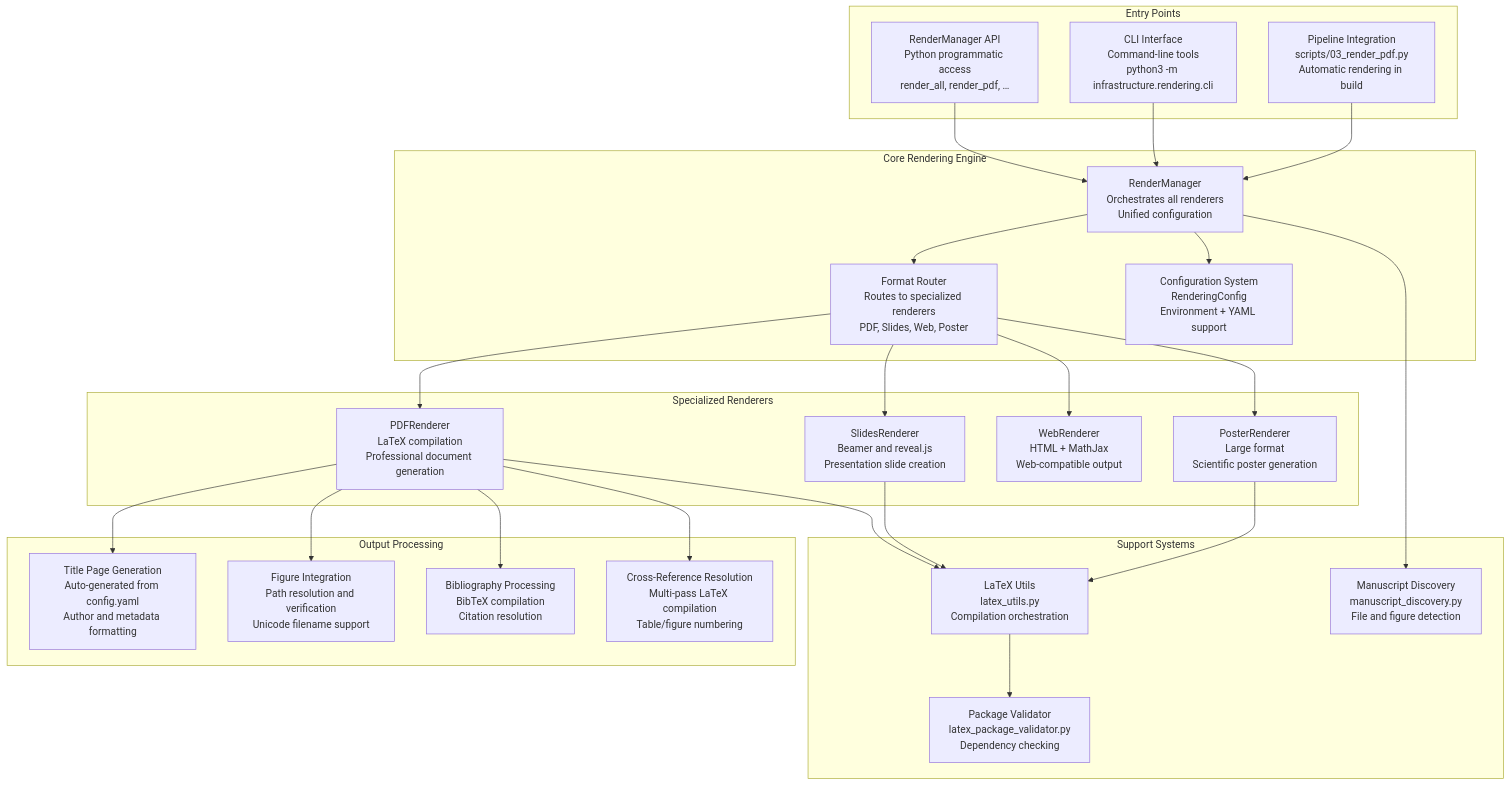
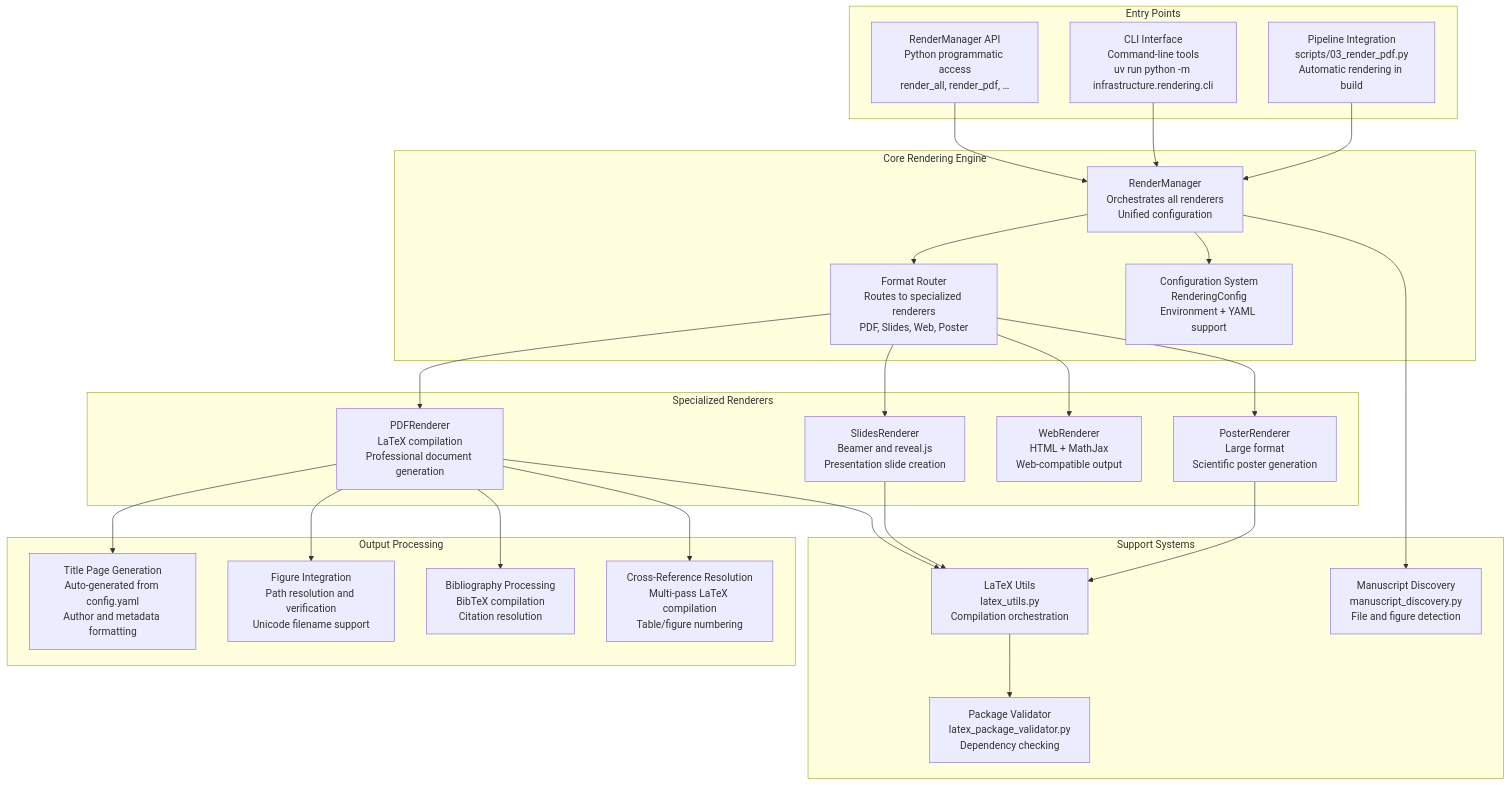
One commit to docxology/template changed the second of 3 diagrams in infrastructure/rendering/README.md. Above: the diagram before and after it, drawn with Mermaid. The commit also changed other lines of this file and 30 other files, not shown here.

Commit message:
fix(docs): normalize uv python command examples

````diff
--- a/infrastructure/rendering/README.md
+++ b/infrastructure/rendering/README.md
@@ -238,64 +238,64 @@
 ```mermaid
 graph TD
     subgraph EntryPoints["Entry Points"]
         MANAGER_API["RenderManager API<br/>Python programmatic access<br/>render_all, render_pdf, …"]
-        CLI_INTERFACE[CLI Interface<br/>Command-line tools<br/>python3 -m infrastructure.rendering.cli]
+        CLI_INTERFACE[CLI Interface<br/>Command-line tools<br/>uv run python -m infrastructure.rendering.cli]
         PIPELINE_INTEGRATION[Pipeline Integration<br/>scripts/03_render_pdf.py<br/>Automatic rendering in build]
     end
 
     subgraph CoreEngine["Core Rendering Engine"]
         RENDER_MANAGER[RenderManager<br/>Orchestrates all renderers<br/>Unified configuration]
         FORMAT_ROUTER[Format Router<br/>Routes to specialized renderers<br/>PDF, Slides, Web, Poster]
         CONFIG_SYSTEM[Configuration System<br/>RenderingConfig<br/>Environment + YAML support]
     end
 
     subgraph SpecializedRenderers["Specialized Renderers"]
         PDF_RENDERER[PDFRenderer<br/>LaTeX compilation<br/>Professional document generation]
         SLIDES_RENDERER["SlidesRenderer<br/>Beamer and reveal.js<br/>Presentation slide creation"]
         WEB_RENDERER[WebRenderer<br/>HTML + MathJax<br/>Web-compatible output]
         POSTER_RENDERER[PosterRenderer<br/>Large format<br/>Scientific poster generation]
     end
 
     subgraph SupportSystems["Support Systems"]
         LATEX_UTILS[LaTeX Utils<br/>latex_utils.py<br/>Compilation orchestration]
         PACKAGE_VALIDATOR[Package Validator<br/>latex_package_validator.py<br/>Dependency checking]
         MANUSCRIPT_DISCOVERY[Manuscript Discovery<br/>manuscript_discovery.py<br/>File and figure detection]
     end
 
     subgraph OutputProcessing["Output Processing"]
         TITLE_PAGE_GEN[Title Page Generation<br/>Auto-generated from config.yaml<br/>Author and metadata formatting]
         FIGURE_INTEGRATION[Figure Integration<br/>Path resolution and verification<br/>Unicode filename support]
         BIBLIOGRAPHY_PROCESSING[Bibliography Processing<br/>BibTeX compilation<br/>Citation resolution]
         CROSS_REF_RESOLUTION[Cross-Reference Resolution<br/>Multi-pass LaTeX compilation<br/>Table/figure numbering]
     end
 
     MANAGER_API --> RENDER_MANAGER
     CLI_INTERFACE --> RENDER_MANAGER
     PIPELINE_INTEGRATION --> RENDER_MANAGER
 
     RENDER_MANAGER --> FORMAT_ROUTER
     FORMAT_ROUTER --> PDF_RENDERER
     FORMAT_ROUTER --> SLIDES_RENDERER
     FORMAT_ROUTER --> WEB_RENDERER
     FORMAT_ROUTER --> POSTER_RENDERER
 
     RENDER_MANAGER --> CONFIG_SYSTEM
 
     PDF_RENDERER --> LATEX_UTILS
     SLIDES_RENDERER --> LATEX_UTILS
     POSTER_RENDERER --> LATEX_UTILS
 
     LATEX_UTILS --> PACKAGE_VALIDATOR
     RENDER_MANAGER --> MANUSCRIPT_DISCOVERY
 
     PDF_RENDERER --> TITLE_PAGE_GEN
     PDF_RENDERER --> FIGURE_INTEGRATION
     PDF_RENDERER --> BIBLIOGRAPHY_PROCESSING
     PDF_RENDERER --> CROSS_REF_RESOLUTION
 
     class EntryPoints entry
     class CoreEngine core
     class SpecializedRenderers renderers
     class SupportSystems support
     class OutputProcessing processing
 ```
````
